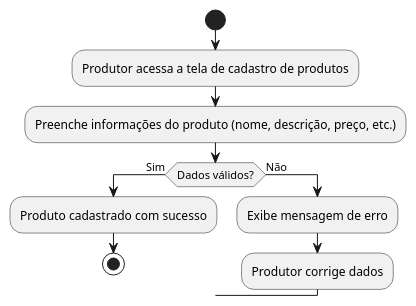
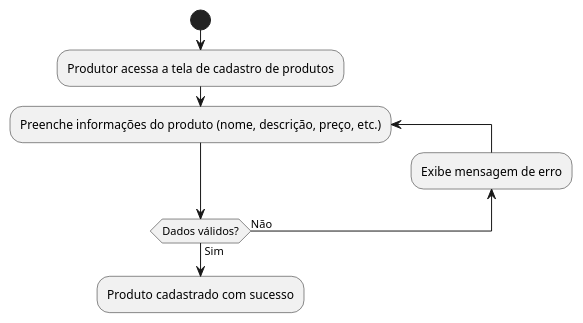
The diagram in docs/diagrams/activity/ProductRegister.puml (bruflor/comercio-vizinho), drawn with PlantUML before and after one commit.

Commit message:
Atualizando Registro de produtos

```diff
--- a/docs/diagrams/activity/ProductRegister.puml
+++ b/docs/diagrams/activity/ProductRegister.puml
@@ -1,12 +1,9 @@
 @startuml
 start
 :Produtor acessa a tela de cadastro de produtos;
-:Preenche informações do produto (nome, descrição, preço, etc.);
-if (Dados válidos?) then (Sim)
+repeat :Preenche informações do produto (nome, descrição, preço, etc.);
+
+  backward:Exibe mensagem de erro;
+repeat while (Dados válidos?) is (Não) not (Sim)
   :Produto cadastrado com sucesso;
-  stop
-else (Não)
-  :Exibe mensagem de erro;
-  :Produtor corrige dados;
-endif
 @enduml
```
